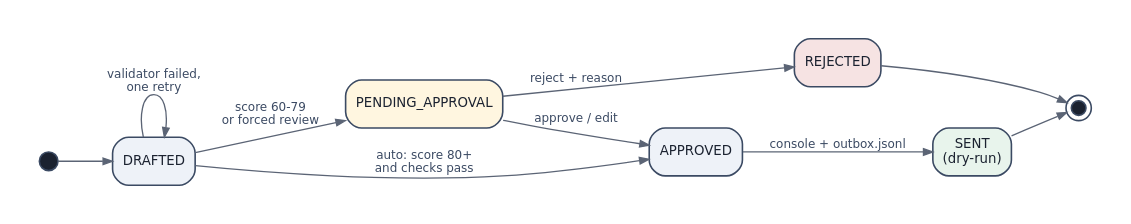
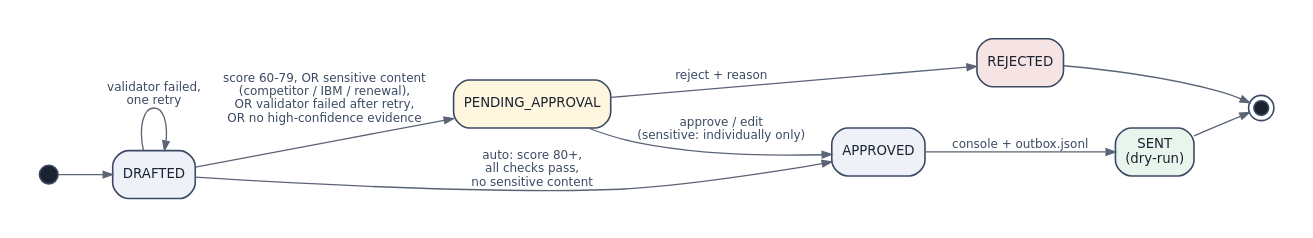
The diagram in docs/diagrams/message_lifecycle.dot (OzShwartz/Scylla-Hunter-POC), drawn with Graphviz before and after one commit. The commit also changed 5 other files, not shown here.

First line of the commit message:
Step 1: replace infra_poc, message_lifecycle, erd diagrams

```diff
--- a/docs/diagrams/message_lifecycle.dot
+++ b/docs/diagrams/message_lifecycle.dot
@@ -1,12 +1,12 @@
-digraph G { rankdir=LR;   graph [fontname="DejaVu Sans", fontsize=11, bgcolor="white", pad=0.3, nodesep=0.45, ranksep=0.55];
+digraph G { rankdir=LR; graph [fontname="DejaVu Sans", fontsize=11, bgcolor="white", pad=0.3, nodesep=0.45, ranksep=0.55];
   node  [fontname="DejaVu Sans", fontsize=10, color="#3b4a63", fontcolor="#1b2230", penwidth=1.2];
   edge  [fontname="DejaVu Sans", fontsize=9, color="#5b6475", fontcolor="#3b4a63", arrowsize=0.7];
   node [shape=box, style="rounded,filled", fillcolor="#eef2f8"];
   start [shape=circle, label="", width=0.2, fillcolor="#1b2230"]; end [shape=doublecircle, label="", width=0.15, fillcolor="#1b2230"];
   PEND [label="PENDING_APPROVAL", fillcolor="#fff6e0"]; REJ [label="REJECTED", fillcolor="#f6e3e3"]; SENT [label="SENT\n(dry-run)", fillcolor="#e8f4ec"];
   start -> DRAFTED; DRAFTED -> DRAFTED [label="validator failed,\none retry"];
-  DRAFTED -> APPROVED [label="auto: score 80+\nand checks pass"];
-  DRAFTED -> PEND [label="score 60-79\nor forced review"];
-  PEND -> APPROVED [label="approve / edit"]; PEND -> REJ [label="reject + reason"];
+  DRAFTED -> APPROVED [label="auto: score 80+,\nall checks pass,\nno sensitive content"];
+  DRAFTED -> PEND [label="score 60-79, OR sensitive content\n(competitor / IBM / renewal),\nOR validator failed after retry,\nOR no high-confidence evidence"];
+  PEND -> APPROVED [label="approve / edit\n(sensitive: individually only)"]; PEND -> REJ [label="reject + reason"];
   APPROVED -> SENT [label="console + outbox.jsonl"]; SENT -> end; REJ -> end;
 }
```
